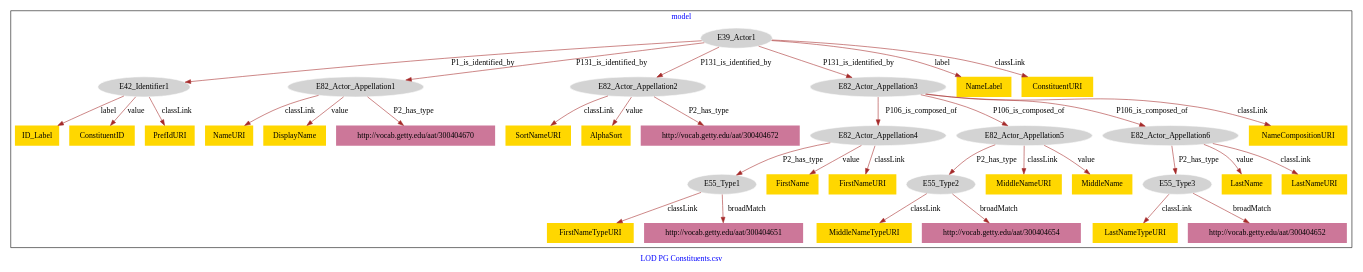
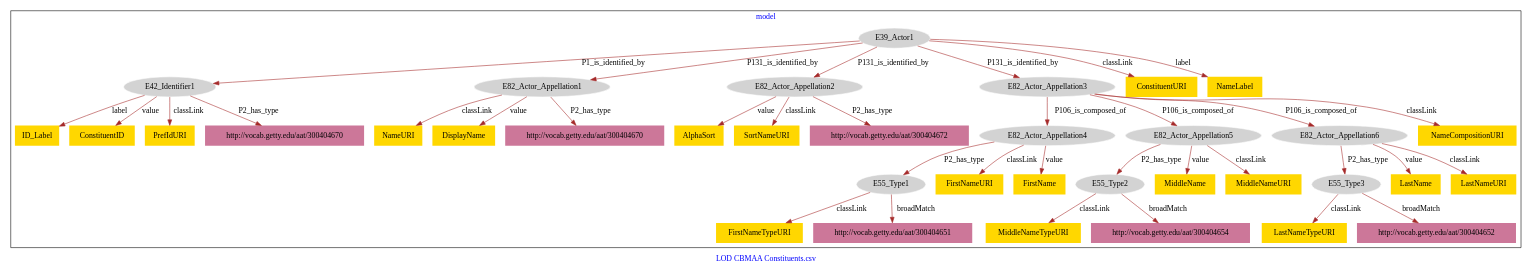
One commit to american-art/cbm changed the diagram in PG_Constituents/PG_Constituents-model.dot. Above: the diagram before and after it, drawn with Graphviz.

Commit message:
Update file PG_Constituents-model.dot

```diff
--- a/PG_Constituents/PG_Constituents-model.dot
+++ b/PG_Constituents/PG_Constituents-model.dot
@@ -1,77 +1,79 @@
 digraph n0 {
 fontcolor="blue"
 remincross="true"
-label="LOD PG Constituents.csv"
+label="LOD CBMAA Constituents.csv"
 subgraph cluster {
 label="model"
 n2[style="filled",color="white",fillcolor="lightgray",label="E39_Actor1"];
 n3[style="filled",color="white",fillcolor="lightgray",label="E42_Identifier1"];
 n4[style="filled",color="white",fillcolor="lightgray",label="E82_Actor_Appellation1"];
 n5[style="filled",color="white",fillcolor="lightgray",label="E82_Actor_Appellation2"];
 n6[style="filled",color="white",fillcolor="lightgray",label="E82_Actor_Appellation3"];
 n7[style="filled",color="white",fillcolor="lightgray",label="E82_Actor_Appellation4"];
 n8[style="filled",color="white",fillcolor="lightgray",label="E82_Actor_Appellation5"];
 n9[style="filled",color="white",fillcolor="lightgray",label="E82_Actor_Appellation6"];
 n10[style="filled",color="white",fillcolor="lightgray",label="E55_Type1"];
 n11[style="filled",color="white",fillcolor="lightgray",label="E55_Type2"];
 n12[style="filled",color="white",fillcolor="lightgray",label="E55_Type3"];
-n13[shape="plaintext",style="filled",fillcolor="gold",label="SortNameURI"];
-n14[shape="plaintext",style="filled",fillcolor="gold",label="NameURI"];
-n15[shape="plaintext",style="filled",fillcolor="gold",label="MiddleNameTypeURI"];
-n16[shape="plaintext",style="filled",fillcolor="gold",label="AlphaSort"];
-n17[shape="plaintext",style="filled",fillcolor="gold",label="MiddleNameURI"];
-n18[shape="plaintext",style="filled",fillcolor="gold",label="NameLabel"];
-n19[shape="plaintext",style="filled",fillcolor="gold",label="ID_Label"];
-n20[shape="plaintext",style="filled",fillcolor="gold",label="MiddleName"];
-n21[shape="plaintext",style="filled",fillcolor="gold",label="FirstName"];
-n22[shape="plaintext",style="filled",fillcolor="gold",label="NameCompositionURI"];
-n23[shape="plaintext",style="filled",fillcolor="gold",label="LastName"];
-n24[shape="plaintext",style="filled",fillcolor="gold",label="ConstituentID"];
-n25[shape="plaintext",style="filled",fillcolor="gold",label="FirstNameTypeURI"];
-n26[shape="plaintext",style="filled",fillcolor="gold",label="ConstituentURI"];
-n27[shape="plaintext",style="filled",fillcolor="gold",label="FirstNameURI"];
-n28[shape="plaintext",style="filled",fillcolor="gold",label="LastNameTypeURI"];
-n29[shape="plaintext",style="filled",fillcolor="gold",label="DisplayName"];
-n30[shape="plaintext",style="filled",fillcolor="gold",label="LastNameURI"];
-n31[shape="plaintext",style="filled",fillcolor="gold",label="PrefIdURI"];
+n13[shape="plaintext",style="filled",fillcolor="gold",label="NameURI"];
+n14[shape="plaintext",style="filled",fillcolor="gold",label="ConstituentURI"];
+n15[shape="plaintext",style="filled",fillcolor="gold",label="NameCompositionURI"];
+n16[shape="plaintext",style="filled",fillcolor="gold",label="FirstNameURI"];
+n17[shape="plaintext",style="filled",fillcolor="gold",label="ID_Label"];
+n18[shape="plaintext",style="filled",fillcolor="gold",label="AlphaSort"];
+n19[shape="plaintext",style="filled",fillcolor="gold",label="ConstituentID"];
+n20[shape="plaintext",style="filled",fillcolor="gold",label="DisplayName"];
+n21[shape="plaintext",style="filled",fillcolor="gold",label="LastName"];
+n22[shape="plaintext",style="filled",fillcolor="gold",label="LastNameURI"];
+n23[shape="plaintext",style="filled",fillcolor="gold",label="PrefIdURI"];
+n24[shape="plaintext",style="filled",fillcolor="gold",label="MiddleName"];
+n25[shape="plaintext",style="filled",fillcolor="gold",label="NameLabel"];
+n26[shape="plaintext",style="filled",fillcolor="gold",label="LastNameTypeURI"];
+n27[shape="plaintext",style="filled",fillcolor="gold",label="FirstName"];
+n28[shape="plaintext",style="filled",fillcolor="gold",label="SortNameURI"];
+n29[shape="plaintext",style="filled",fillcolor="gold",label="MiddleNameTypeURI"];
+n30[shape="plaintext",style="filled",fillcolor="gold",label="MiddleNameURI"];
+n31[shape="plaintext",style="filled",fillcolor="gold",label="FirstNameTypeURI"];
 n32[shape="plaintext",style="filled",fillcolor="#CC7799",label="http://vocab.getty.edu/aat/300404670"];
 n33[shape="plaintext",style="filled",fillcolor="#CC7799",label="http://vocab.getty.edu/aat/300404651"];
 n34[shape="plaintext",style="filled",fillcolor="#CC7799",label="http://vocab.getty.edu/aat/300404672"];
-n35[shape="plaintext",style="filled",fillcolor="#CC7799",label="http://vocab.getty.edu/aat/300404654"];
-n36[shape="plaintext",style="filled",fillcolor="#CC7799",label="http://vocab.getty.edu/aat/300404652"];
+n35[shape="plaintext",style="filled",fillcolor="#CC7799",label="http://vocab.getty.edu/aat/300404670"];
+n36[shape="plaintext",style="filled",fillcolor="#CC7799",label="http://vocab.getty.edu/aat/300404654"];
+n37[shape="plaintext",style="filled",fillcolor="#CC7799",label="http://vocab.getty.edu/aat/300404652"];
 }
 n2 -> n3[color="brown",fontcolor="black",label="P1_is_identified_by"]
 n2 -> n4[color="brown",fontcolor="black",label="P131_is_identified_by"]
 n2 -> n5[color="brown",fontcolor="black",label="P131_is_identified_by"]
 n2 -> n6[color="brown",fontcolor="black",label="P131_is_identified_by"]
 n6 -> n7[color="brown",fontcolor="black",label="P106_is_composed_of"]
 n6 -> n8[color="brown",fontcolor="black",label="P106_is_composed_of"]
 n6 -> n9[color="brown",fontcolor="black",label="P106_is_composed_of"]
 n7 -> n10[color="brown",fontcolor="black",label="P2_has_type"]
 n8 -> n11[color="brown",fontcolor="black",label="P2_has_type"]
 n9 -> n12[color="brown",fontcolor="black",label="P2_has_type"]
-n5 -> n13[color="brown",fontcolor="black",label="classLink"]
-n4 -> n14[color="brown",fontcolor="black",label="classLink"]
-n11 -> n15[color="brown",fontcolor="black",label="classLink"]
-n5 -> n16[color="brown",fontcolor="black",label="value"]
-n8 -> n17[color="brown",fontcolor="black",label="classLink"]
-n2 -> n18[color="brown",fontcolor="black",label="label"]
-n3 -> n19[color="brown",fontcolor="black",label="label"]
-n8 -> n20[color="brown",fontcolor="black",label="value"]
-n7 -> n21[color="brown",fontcolor="black",label="value"]
-n6 -> n22[color="brown",fontcolor="black",label="classLink"]
-n9 -> n23[color="brown",fontcolor="black",label="value"]
-n3 -> n24[color="brown",fontcolor="black",label="value"]
-n10 -> n25[color="brown",fontcolor="black",label="classLink"]
-n2 -> n26[color="brown",fontcolor="black",label="classLink"]
-n7 -> n27[color="brown",fontcolor="black",label="classLink"]
-n12 -> n28[color="brown",fontcolor="black",label="classLink"]
-n4 -> n29[color="brown",fontcolor="black",label="value"]
-n9 -> n30[color="brown",fontcolor="black",label="classLink"]
-n3 -> n31[color="brown",fontcolor="black",label="classLink"]
+n4 -> n13[color="brown",fontcolor="black",label="classLink"]
+n2 -> n14[color="brown",fontcolor="black",label="classLink"]
+n6 -> n15[color="brown",fontcolor="black",label="classLink"]
+n7 -> n16[color="brown",fontcolor="black",label="classLink"]
+n3 -> n17[color="brown",fontcolor="black",label="label"]
+n5 -> n18[color="brown",fontcolor="black",label="value"]
+n3 -> n19[color="brown",fontcolor="black",label="value"]
+n4 -> n20[color="brown",fontcolor="black",label="value"]
+n9 -> n21[color="brown",fontcolor="black",label="value"]
+n9 -> n22[color="brown",fontcolor="black",label="classLink"]
+n3 -> n23[color="brown",fontcolor="black",label="classLink"]
+n8 -> n24[color="brown",fontcolor="black",label="value"]
+n2 -> n25[color="brown",fontcolor="black",label="label"]
+n12 -> n26[color="brown",fontcolor="black",label="classLink"]
+n7 -> n27[color="brown",fontcolor="black",label="value"]
+n5 -> n28[color="brown",fontcolor="black",label="classLink"]
+n11 -> n29[color="brown",fontcolor="black",label="classLink"]
+n8 -> n30[color="brown",fontcolor="black",label="classLink"]
+n10 -> n31[color="brown",fontcolor="black",label="classLink"]
 n4 -> n32[color="brown",fontcolor="black",label="P2_has_type"]
 n10 -> n33[color="brown",fontcolor="black",label="broadMatch"]
 n5 -> n34[color="brown",fontcolor="black",label="P2_has_type"]
-n11 -> n35[color="brown",fontcolor="black",label="broadMatch"]
-n12 -> n36[color="brown",fontcolor="black",label="broadMatch"]
+n3 -> n35[color="brown",fontcolor="black",label="P2_has_type"]
+n11 -> n36[color="brown",fontcolor="black",label="broadMatch"]
+n12 -> n37[color="brown",fontcolor="black",label="broadMatch"]
 }
```
